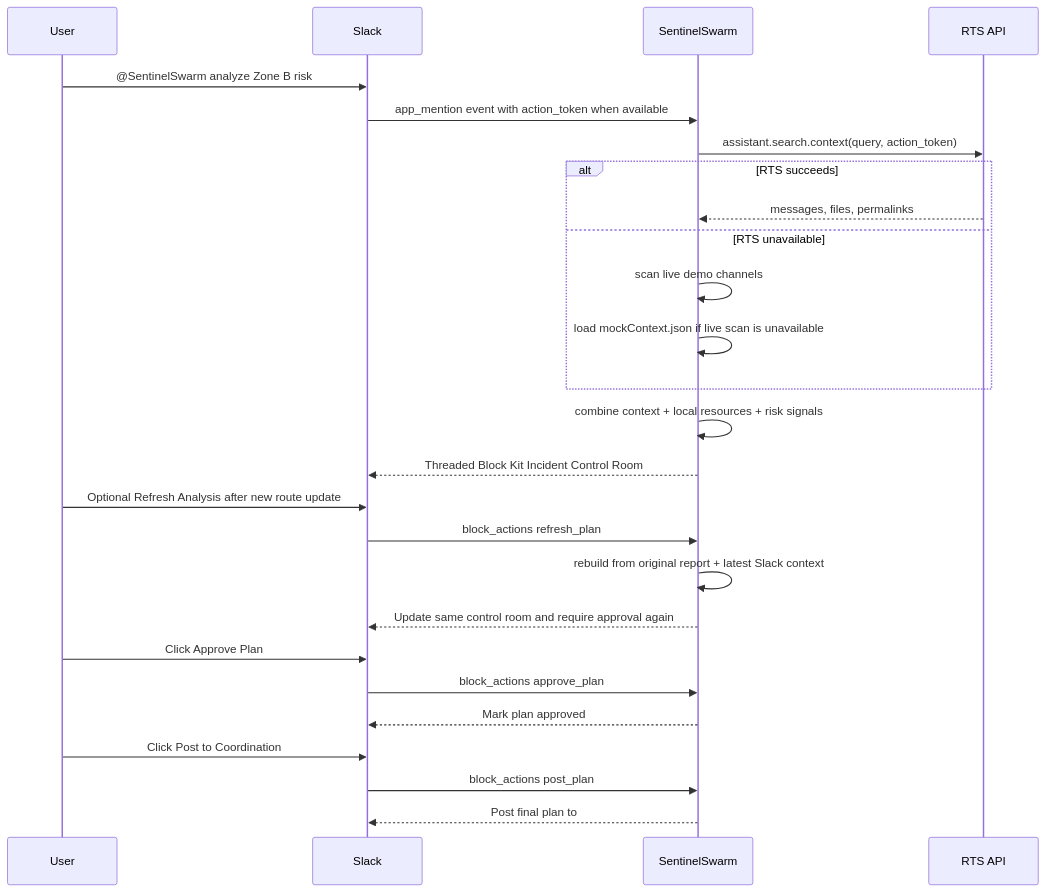
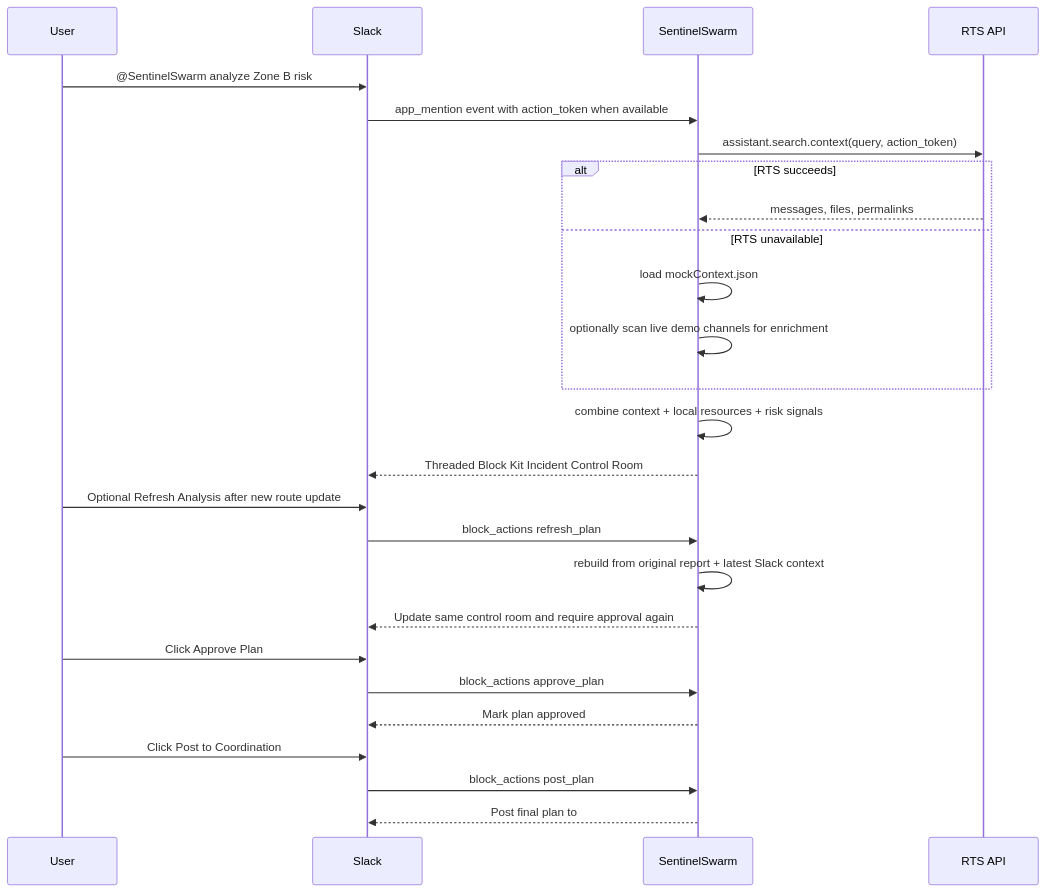
The second of 3 diagrams in docs/ARCHITECTURE.md (kaustubh-dot/SentinelSwarm), drawn with Mermaid before and after one commit. The commit also changed other lines of this file and 34 other files, not shown here.

Commit message:
Harden SentinelSwarm winning demo flow

````diff
--- a/docs/ARCHITECTURE.md
+++ b/docs/ARCHITECTURE.md
@@ -68,29 +69,29 @@
 ```mermaid
 sequenceDiagram
   participant U as User
   participant S as Slack
   participant A as SentinelSwarm
   participant R as RTS API
 
   U->>S: @SentinelSwarm analyze Zone B risk
   S->>A: app_mention event with action_token when available
   A->>R: assistant.search.context(query, action_token)
   alt RTS succeeds
     R-->>A: messages, files, permalinks
   else RTS unavailable
-    A->>A: scan live demo channels
-    A->>A: load mockContext.json if live scan is unavailable
+    A->>A: load mockContext.json
+    A->>A: optionally scan live demo channels for enrichment
   end
   A->>A: combine context + local resources + risk signals
   A-->>S: Threaded Block Kit Incident Control Room
   U->>S: Optional Refresh Analysis after new route update
   S->>A: block_actions refresh_plan
   A->>A: rebuild from original report + latest Slack context
   A-->>S: Update same control room and require approval again
   U->>S: Click Approve Plan
   S->>A: block_actions approve_plan
   A-->>S: Mark plan approved
   U->>S: Click Post to Coordination
   S->>A: block_actions post_plan
   A-->>S: Post final plan to #coordination
 ```
````
